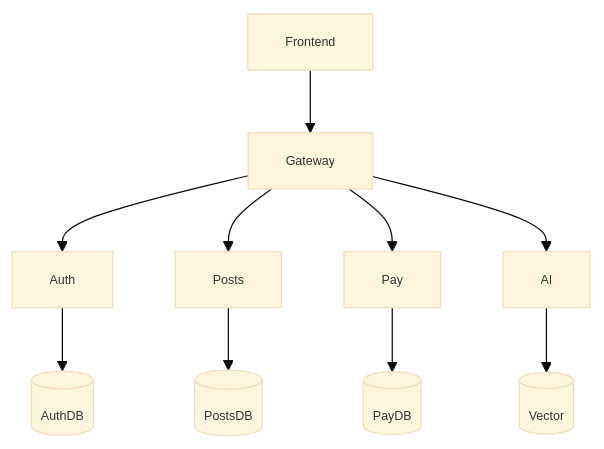
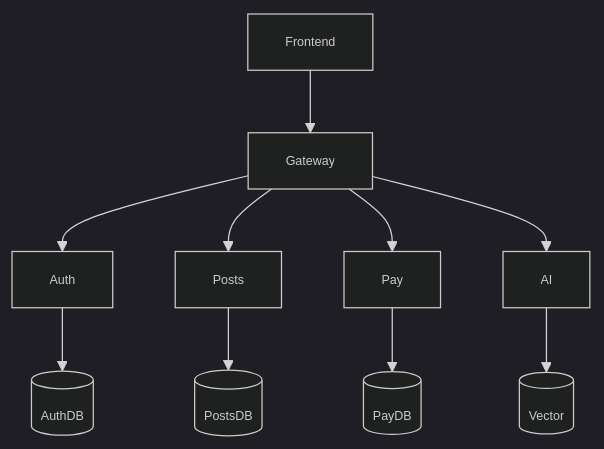
One commit to Luff-Org/Luff-Boilerplate changed the second of 2 diagrams in GETTING_STARTED.md. Above: the diagram before and after it, drawn with Mermaid. The commit also changed other lines of this file and 4 other files, not shown here.

Commit message:
docs: switch mermaid diagrams to dark theme for visible arrows and subtle backgrounds

````diff
--- a/GETTING_STARTED.md
+++ b/GETTING_STARTED.md
@@ -229,9 +229,9 @@
 ```mermaid
-%%{init: {'theme':'base','themeVariables':{'fontSize':'10px'}}}%%
+%%{init: {'theme':'dark','themeVariables':{'fontSize':'10px'}}}%%
 graph TB
   FE[Frontend] --> GW[Gateway]
   GW --> A[Auth] --> AD[(AuthDB)]
   GW --> P[Posts] --> PD[(PostsDB)]
   GW --> Pa[Pay] --> PaD[(PayDB)]
   GW --> AI[AI] --> V[(Vector)]
 ```
````
